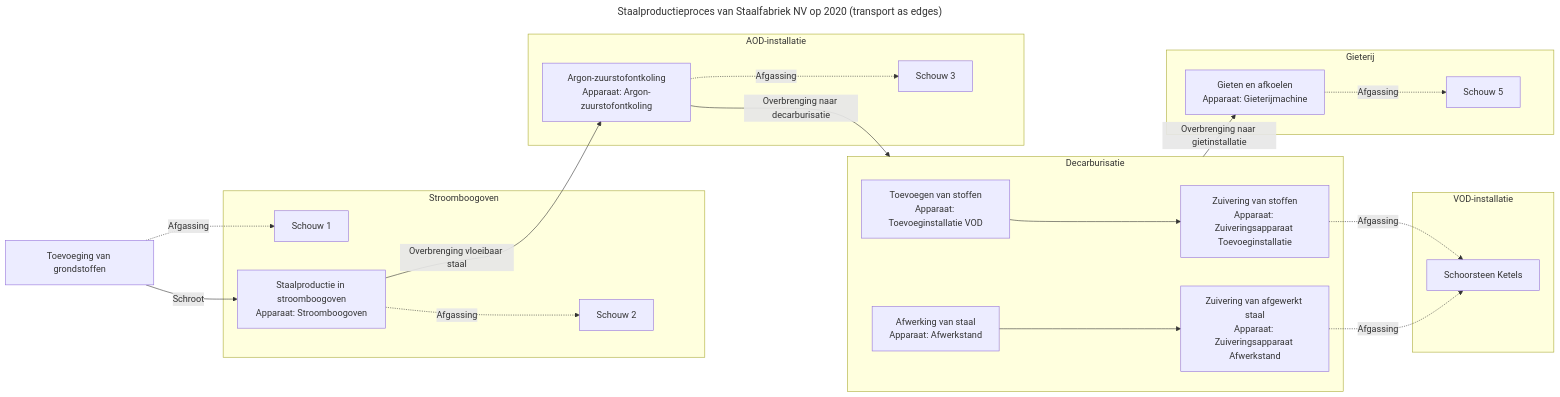
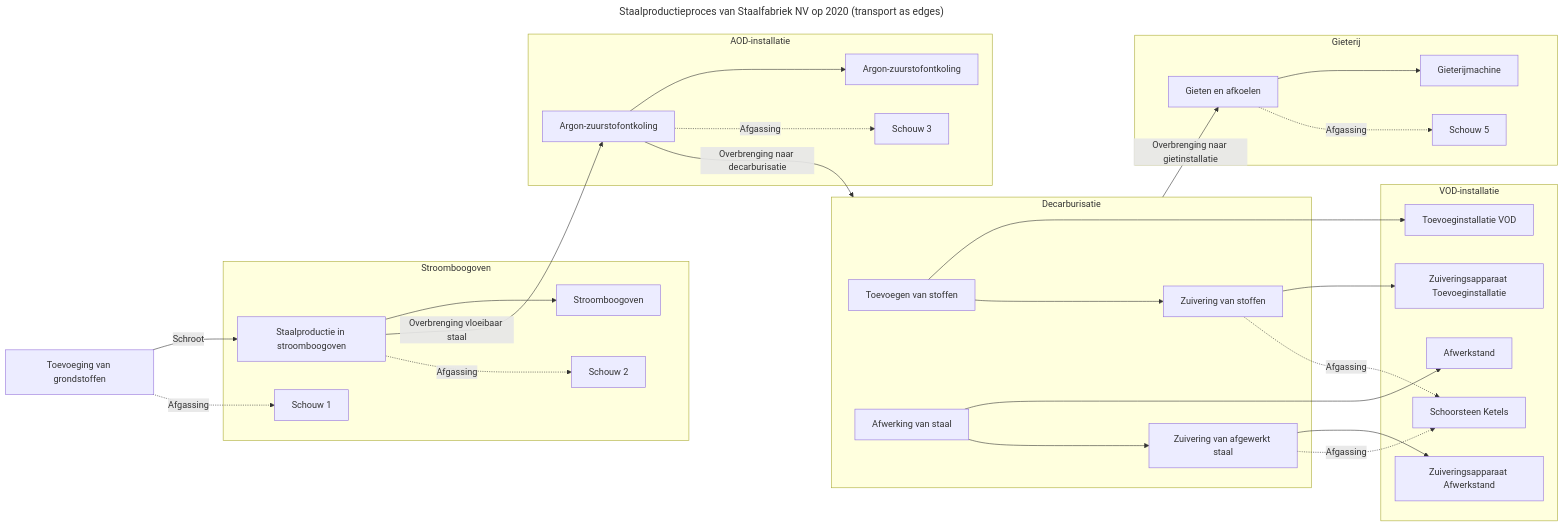
Before and after one commit to milieuinfo/RIE-IEPR: the diagram in documentatie/bin/activiteit-visualisatie/diagrams/0400123123_6851234567_ACTIVITEIT_1_VERSIE2020_proces_0400123123_6851234567_ACTIVITEIT_1_VERSIE2020_transport.mmd, drawn with Mermaid. The commit also changed 23 other files, not shown here.

```diff
--- a/documentatie/bin/activiteit-visualisatie/diagrams/0400123123_6851234567_ACTIVITEIT_1_VERSIE2020_proces_0400123123_6851234567_ACTIVITEIT_1_VERSIE2020_transport.mmd
+++ b/documentatie/bin/activiteit-visualisatie/diagrams/0400123123_6851234567_ACTIVITEIT_1_VERSIE2020_proces_0400123123_6851234567_ACTIVITEIT_1_VERSIE2020_transport.mmd
@@ -1,58 +1,57 @@
 ---
 title: "Staalproductieproces van Staalfabriek NV op 2020 (transport as edges)"
 ---
 flowchart LR
 subgraph proces_0400123123_6851234567_ACTIVITEIT_1_0009_VERSIE2020["Decarburisatie"]
-proces_0400123123_6851234567_ACTIVITEIT_1_0009_001["Toevoegen van stoffen
-Apparaat: Toevoeginstallatie VOD"]
-proces_0400123123_6851234567_ACTIVITEIT_1_0009_002["Zuivering van stoffen
-Apparaat: Zuiveringsapparaat Toevoeginstallatie"]
-proces_0400123123_6851234567_ACTIVITEIT_1_0009_004["Afwerking van staal
-Apparaat: Afwerkstand"]
-proces_0400123123_6851234567_ACTIVITEIT_1_0009_005["Zuivering van afgewerkt staal
-Apparaat: Zuiveringsapparaat Afwerkstand"]
+proces_0400123123_6851234567_ACTIVITEIT_1_0009_001["Toevoegen van stoffen"]
+proces_0400123123_6851234567_ACTIVITEIT_1_0009_002["Zuivering van stoffen"]
+proces_0400123123_6851234567_ACTIVITEIT_1_0009_004["Afwerking van staal"]
+proces_0400123123_6851234567_ACTIVITEIT_1_0009_005["Zuivering van afgewerkt staal"]
 end
 subgraph installatie_0400123123_6851234567_0000001["Stroomboogoven"]
 emissiepunt_0400123123_6851234567_0000001["Schouw 1"]
 emissiepunt_0400123123_6851234567_0000002["Schouw 2"]
-proces_0400123123_6851234567_ACTIVITEIT_1_0004["Staalproductie in stroomboogoven
-Apparaat: Stroomboogoven"]
+apparaat_0400123123_6851234567_0001["Stroomboogoven"]
+proces_0400123123_6851234567_ACTIVITEIT_1_0004["Staalproductie in stroomboogoven"]
 end
 subgraph installatie_0400123123_6851234567_0000002["Gieterij"]
 emissiepunt_0400123123_6851234567_0000005["Schouw 5"]
-proces_0400123123_6851234567_ACTIVITEIT_1_0011["Gieten en afkoelen
-Apparaat: Gieterijmachine"]
+apparaat_0400123123_6851234567_0002["Gieterijmachine"]
+proces_0400123123_6851234567_ACTIVITEIT_1_0011["Gieten en afkoelen"]
 end
 subgraph installatie_0400123123_6851234567_0000003["VOD-installatie"]
 emissiepunt_0400123123_6851234567_0000004["Schoorsteen Ketels"]
-proces_0400123123_6851234567_ACTIVITEIT_1_0009_001["Toevoegen van stoffen
-Apparaat: Toevoeginstallatie VOD"]
-proces_0400123123_6851234567_ACTIVITEIT_1_0009_005["Zuivering van afgewerkt staal
-Apparaat: Zuiveringsapparaat Afwerkstand"]
-proces_0400123123_6851234567_ACTIVITEIT_1_0009_004["Afwerking van staal
-Apparaat: Afwerkstand"]
-proces_0400123123_6851234567_ACTIVITEIT_1_0009_002["Zuivering van stoffen
-Apparaat: Zuiveringsapparaat Toevoeginstallatie"]
+apparaat_0400123123_6851234567_0003["Toevoeginstallatie VOD"]
+proces_0400123123_6851234567_ACTIVITEIT_1_0009_001["Toevoegen van stoffen"]
+apparaat_0400123123_6851234567_0008["Zuiveringsapparaat Afwerkstand"]
+proces_0400123123_6851234567_ACTIVITEIT_1_0009_005["Zuivering van afgewerkt staal"]
+apparaat_0400123123_6851234567_0007["Afwerkstand"]
+proces_0400123123_6851234567_ACTIVITEIT_1_0009_004["Afwerking van staal"]
+apparaat_0400123123_6851234567_0005["Zuiveringsapparaat Toevoeginstallatie"]
+proces_0400123123_6851234567_ACTIVITEIT_1_0009_002["Zuivering van stoffen"]
 end
 subgraph installatie_0400123123_6851234567_0000004["AOD-installatie"]
 emissiepunt_0400123123_6851234567_0000003["Schouw 3"]
-proces_0400123123_6851234567_ACTIVITEIT_1_0007["Argon-zuurstofontkoling
-Apparaat: Argon-zuurstofontkoling"]
+apparaat_0400123123_6851234567_0004["Argon-zuurstofontkoling"]
+proces_0400123123_6851234567_ACTIVITEIT_1_0007["Argon-zuurstofontkoling"]
 end
 proces_0400123123_6851234567_ACTIVITEIT_1_0001["Toevoeging van grondstoffen"]
-installatie_0400123123_6851234567_0000001["Stroomboogoven"]
-installatie_0400123123_6851234567_0000002["Gieterij"]
-installatie_0400123123_6851234567_0000003["VOD-installatie"]
-installatie_0400123123_6851234567_0000004["AOD-installatie"]
+proces_0400123123_6851234567_ACTIVITEIT_1_0004 --> apparaat_0400123123_6851234567_0001
+proces_0400123123_6851234567_ACTIVITEIT_1_0007 --> apparaat_0400123123_6851234567_0004
+proces_0400123123_6851234567_ACTIVITEIT_1_0011 --> apparaat_0400123123_6851234567_0002
+proces_0400123123_6851234567_ACTIVITEIT_1_0009_001 --> apparaat_0400123123_6851234567_0003
+proces_0400123123_6851234567_ACTIVITEIT_1_0009_002 --> apparaat_0400123123_6851234567_0005
+proces_0400123123_6851234567_ACTIVITEIT_1_0009_004 --> apparaat_0400123123_6851234567_0007
+proces_0400123123_6851234567_ACTIVITEIT_1_0009_005 --> apparaat_0400123123_6851234567_0008
 proces_0400123123_6851234567_ACTIVITEIT_1_0009_001 --> proces_0400123123_6851234567_ACTIVITEIT_1_0009_002
 proces_0400123123_6851234567_ACTIVITEIT_1_0009_004 --> proces_0400123123_6851234567_ACTIVITEIT_1_0009_005
 proces_0400123123_6851234567_ACTIVITEIT_1_0001 -- "Schroot" --> proces_0400123123_6851234567_ACTIVITEIT_1_0004
 proces_0400123123_6851234567_ACTIVITEIT_1_0004 -- "Overbrenging vloeibaar staal" --> proces_0400123123_6851234567_ACTIVITEIT_1_0007
 proces_0400123123_6851234567_ACTIVITEIT_1_0007 -- "Overbrenging naar decarburisatie" --> proces_0400123123_6851234567_ACTIVITEIT_1_0009_VERSIE2020
 proces_0400123123_6851234567_ACTIVITEIT_1_0009_VERSIE2020 -- "Overbrenging naar gietinstallatie" --> proces_0400123123_6851234567_ACTIVITEIT_1_0011
 proces_0400123123_6851234567_ACTIVITEIT_1_0001 -. "Afgassing" .-> emissiepunt_0400123123_6851234567_0000001
 proces_0400123123_6851234567_ACTIVITEIT_1_0004 -. "Afgassing" .-> emissiepunt_0400123123_6851234567_0000002
 proces_0400123123_6851234567_ACTIVITEIT_1_0007 -. "Afgassing" .-> emissiepunt_0400123123_6851234567_0000003
 proces_0400123123_6851234567_ACTIVITEIT_1_0011 -. "Afgassing" .-> emissiepunt_0400123123_6851234567_0000005
 proces_0400123123_6851234567_ACTIVITEIT_1_0009_002 -. "Afgassing" .-> emissiepunt_0400123123_6851234567_0000004
 proces_0400123123_6851234567_ACTIVITEIT_1_0009_005 -. "Afgassing" .-> emissiepunt_0400123123_6851234567_0000004
```
